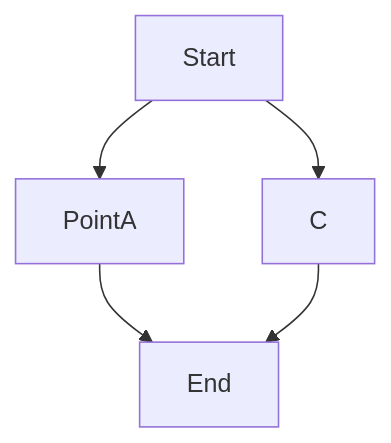
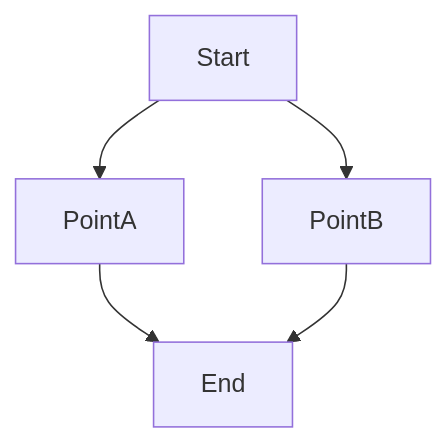
The diagram in osa0/osa0.4.md (JoonasTMS86/fullstackopen_JoonasLindberg), drawn with Mermaid before and after one commit.

````diff
--- a/osa0/osa0.4.md
+++ b/osa0/osa0.4.md
@@ -3,7 +3,7 @@
 ```mermaid
 graph TD;
     Start-->PointA;
-    Start-->C;
+    Start-->PointB;
     PointA-->End;
-    C-->End;
+    PointB-->End;
 ```
````
